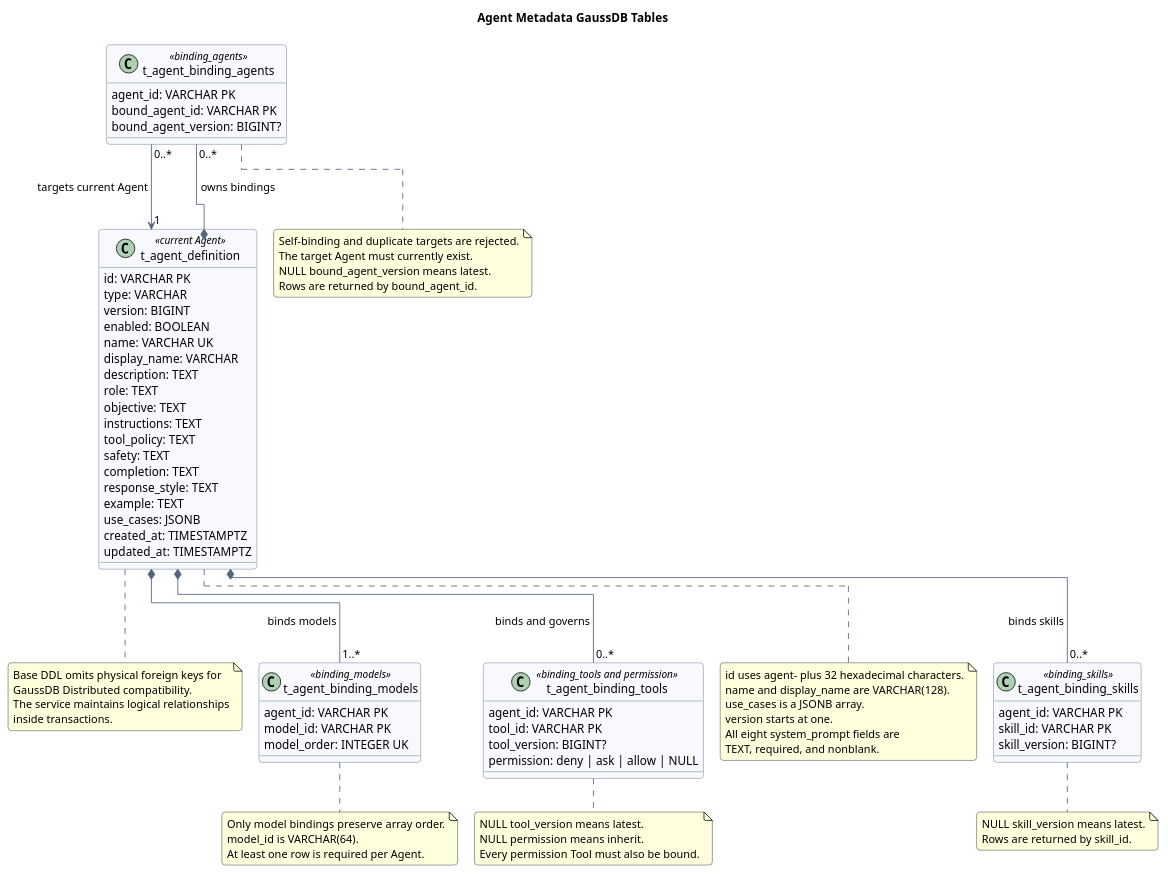
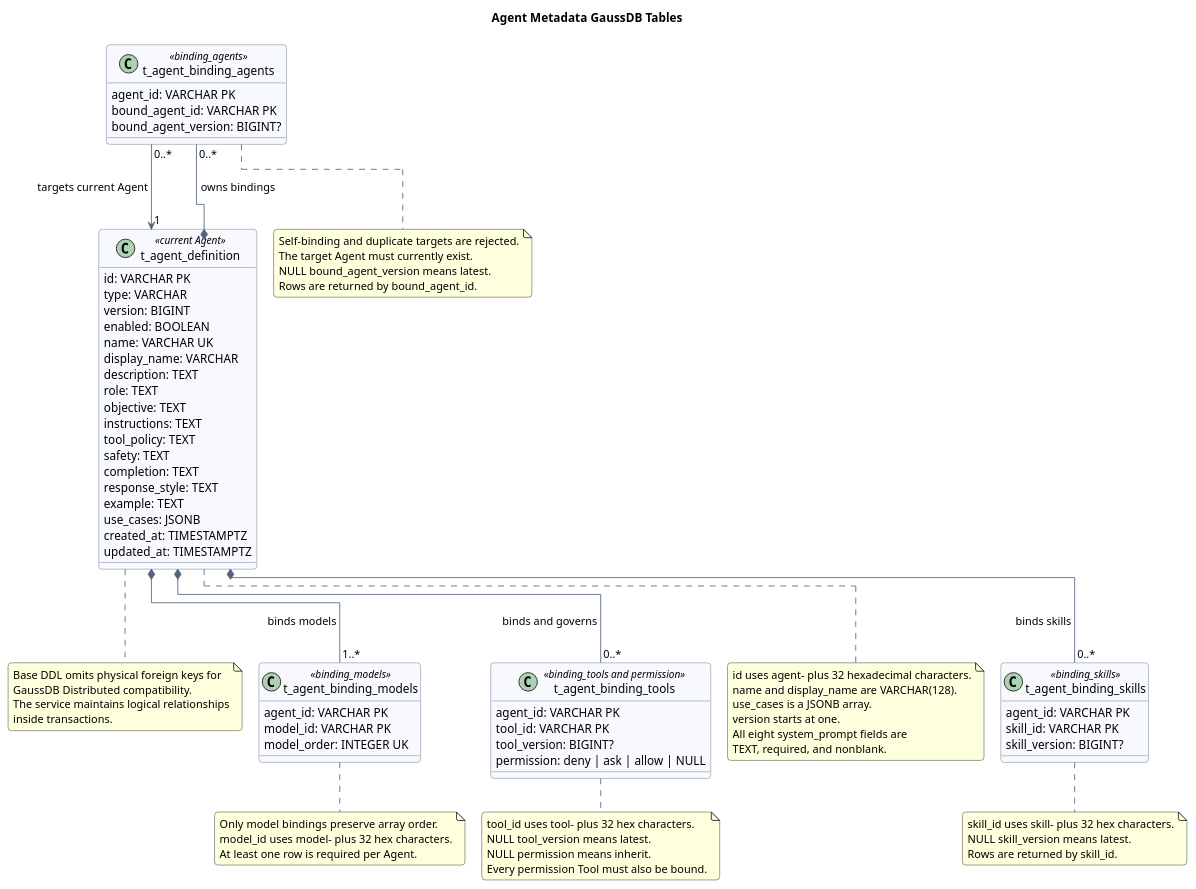
One commit to superheromeZzh/pi-mono-java-design changed the diagram in agent-metadata-gaussdb-design/diagram.puml. Above: the diagram before and after it, drawn with PlantUML. The commit also changed other lines of this file and 3 other files, not shown here.

Commit message:
docs(agent): align design with three APIs

```diff
--- a/agent-metadata-gaussdb-design/diagram.puml
+++ b/agent-metadata-gaussdb-design/diagram.puml
@@ -6,131 +6,136 @@
 @startuml agent_metadata_gaussdb_model
 !pragma layout elk
 title Agent Metadata GaussDB Tables
 top to bottom direction
 
 skinparam backgroundColor #FFFFFF
 skinparam shadowing false
 skinparam roundcorner 8
 skinparam nodesep 45
 skinparam ranksep 50
 skinparam ArrowColor #53657D
 skinparam ClassBorderColor #53657D
 skinparam ClassBackgroundColor #F7F9FC
 skinparam classAttributeIconSize 0
 
 ' Source evidence:
 ' - AGENT metadata JSON lines 2-53 define root fields and four binding arrays.
 ' - binding_models is at line 11; binding_agents is at lines 37-42.
 ' - mate-service baseline path and symbols:
 '   src/main/java/com/huawei/hicampus/mate/agentdefinition/service/impl/AgentDefinitionServiceImpl.java
-'   AgentDefinitionServiceImpl.initializeAgent and replaceModels.
+'   AgentDefinitionServiceImpl.listAgents, getAgent, and updateAgent.
 '   src/main/java/com/huawei/hicampus/mate/agentdefinition/validation/AgentId.java
 '   AgentId composed validation annotation.
+'   src/main/java/com/huawei/hicampus/mate/agentdefinition/validation/ResourceIdRules.java
+'   ResourceIdRules identifier patterns.
 ' - mate-service baseline DDL: src/main/resources/db/schema.sql.
 ' Observed behavior: AgentId validates agent- plus 32 hexadecimal characters.
-' Observed behavior: the Java baseline groups all DROP TABLE statements before
-' the CREATE TABLE statements in its initialization DDL.
+' Observed behavior: only model bindings have write Mapper operations.
+' Observed behavior: each DROP TABLE statement immediately precedes its CREATE.
 ' Design reason: pair each table drop with its create statement to follow the
 ' required deployment-script convention without changing table structure.
 ' Product constraint: all eight system_prompt fields are required and nonblank.
 ' Product constraint: only binding_models preserves input array order.
 ' Product constraint: Agent IDs use agent- plus a 32-character hexadecimal UUID.
-' Design reason: Agent targets must exist when bindings are written, while a
-' pinned target version is stored without historical-version validation.
+' Product constraint: Model, Tool, and Skill IDs use typed prefixes plus UUIDs.
+' Target-only rule: future Agent binding writes must validate current targets;
+' pinned target versions do not require historical-version validation.
 ' GaussDB divergence: physical foreign keys are optional because GaussDB
 ' Distributed does not support them; the base DDL uses logical relationships.
 ' DDL convention: each DROP TABLE IF EXISTS immediately precedes CREATE TABLE.
 
 class t_agent_definition <<current Agent>> {
   id: VARCHAR PK
   type: VARCHAR
   version: BIGINT
   enabled: BOOLEAN
   name: VARCHAR UK
   display_name: VARCHAR
   description: TEXT
   role: TEXT
   objective: TEXT
   instructions: TEXT
   tool_policy: TEXT
   safety: TEXT
   completion: TEXT
   response_style: TEXT
   example: TEXT
   use_cases: JSONB
   created_at: TIMESTAMPTZ
   updated_at: TIMESTAMPTZ
 }
 
 class t_agent_binding_models <<binding_models>> {
   agent_id: VARCHAR PK
   model_id: VARCHAR PK
   model_order: INTEGER UK
 }
 
 class t_agent_binding_tools <<binding_tools and permission>> {
   agent_id: VARCHAR PK
   tool_id: VARCHAR PK
   tool_version: BIGINT?
   permission: deny | ask | allow | NULL
 }
 
 class t_agent_binding_skills <<binding_skills>> {
   agent_id: VARCHAR PK
   skill_id: VARCHAR PK
   skill_version: BIGINT?
 }
 
 class t_agent_binding_agents <<binding_agents>> {
   agent_id: VARCHAR PK
   bound_agent_id: VARCHAR PK
   bound_agent_version: BIGINT?
 }
 
 t_agent_definition *-- "1..*" t_agent_binding_models : binds models
 t_agent_definition *-- "0..*" t_agent_binding_tools : binds and governs
 t_agent_definition *-- "0..*" t_agent_binding_skills : binds skills
 t_agent_definition *-- "0..*" t_agent_binding_agents : owns bindings
 t_agent_binding_agents "0..*" --> "1" t_agent_definition : targets current Agent
 
 note right of t_agent_definition
 id uses agent- plus 32 hexadecimal characters.
 name and display_name are VARCHAR(128).
 use_cases is a JSONB array.
 version starts at one.
 All eight system_prompt fields are
 TEXT, required, and nonblank.
 end note
 
 note right of t_agent_binding_models
 Only model bindings preserve array order.
-model_id is VARCHAR(64).
+model_id uses model- plus 32 hex characters.
 At least one row is required per Agent.
 end note
 
 note bottom of t_agent_binding_tools
+tool_id uses tool- plus 32 hex characters.
 NULL tool_version means latest.
 NULL permission means inherit.
 Every permission Tool must also be bound.
 end note
 
 note bottom of t_agent_binding_skills
+skill_id uses skill- plus 32 hex characters.
 NULL skill_version means latest.
 Rows are returned by skill_id.
 end note
 
 note bottom of t_agent_binding_agents
 Self-binding and duplicate targets are rejected.
 The target Agent must currently exist.
 NULL bound_agent_version means latest.
 Rows are returned by bound_agent_id.
 end note
 
 note bottom of t_agent_definition
 Base DDL omits physical foreign keys for
 GaussDB Distributed compatibility.
 The service maintains logical relationships
 inside transactions.
 end note
 
 @enduml
```
